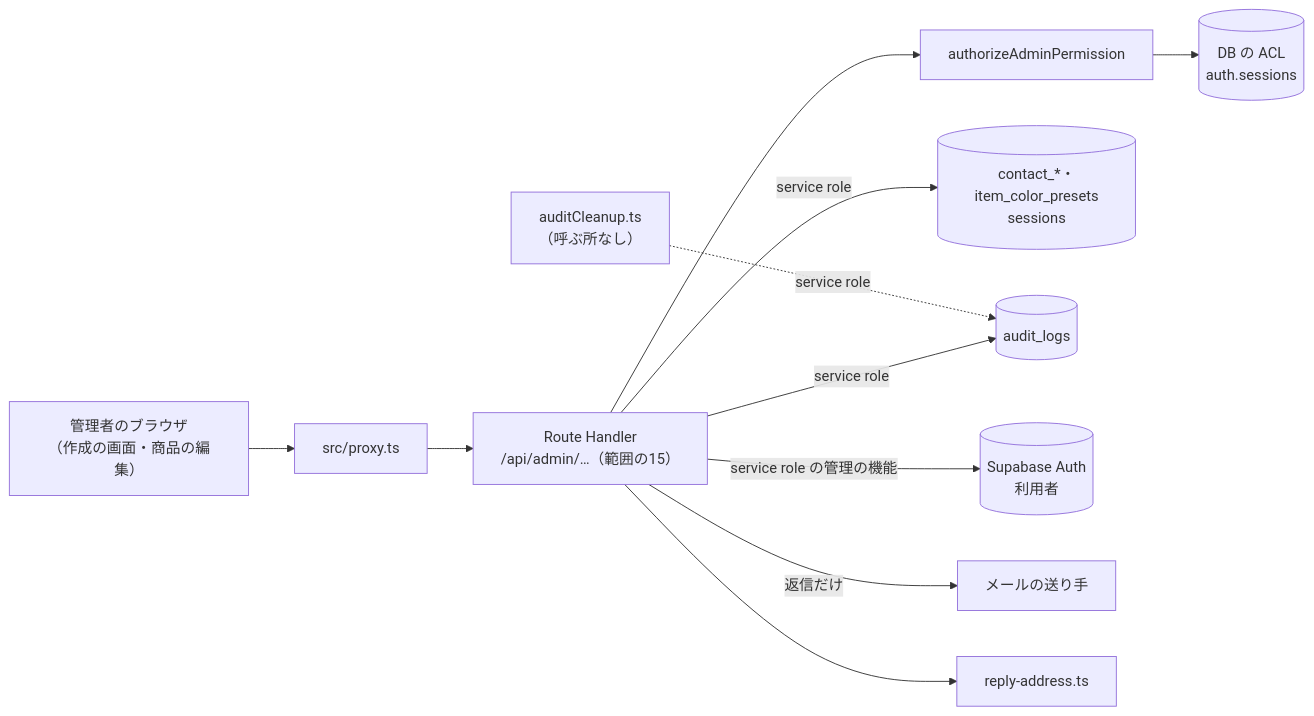
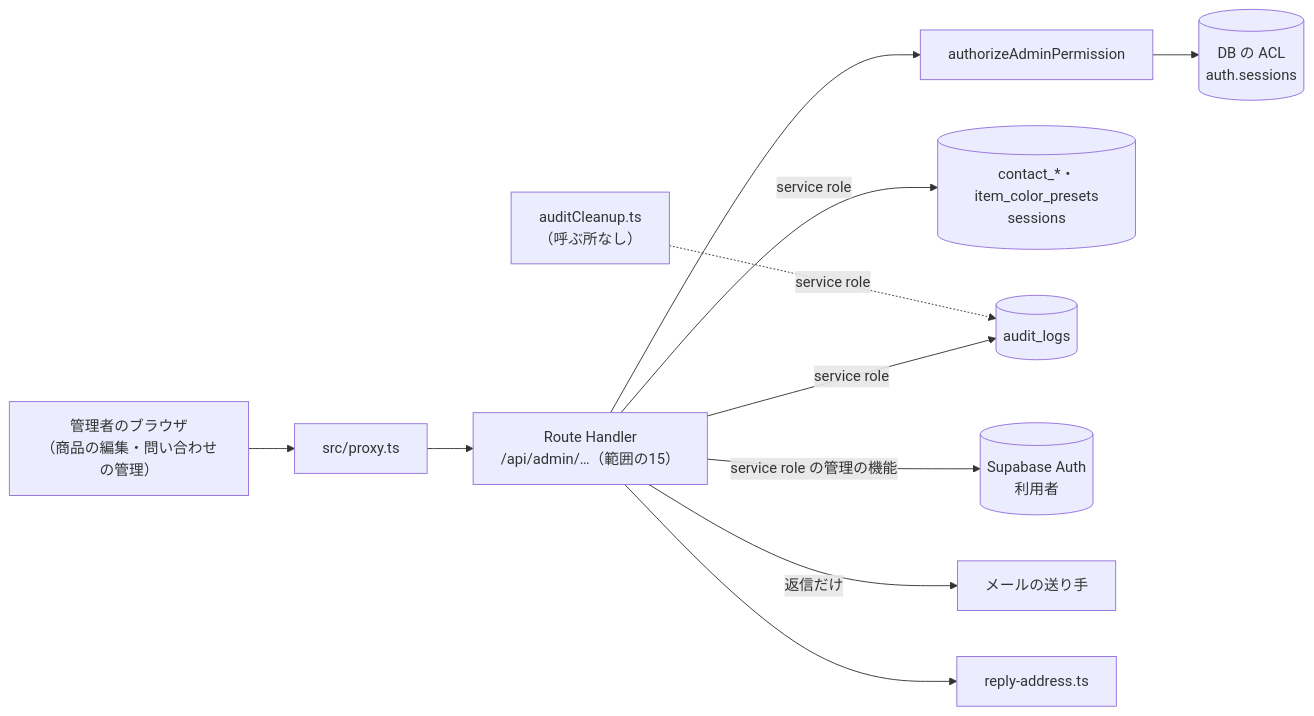
One commit to ChocoWork/o_official changed the first of 4 diagrams in docs/03_BasicDesign/areas/admin.md. Above: the diagram before and after it, drawn with Mermaid. The commit also changed other lines of this file and 10 other files, not shown here.

````diff
--- a/docs/03_BasicDesign/areas/admin.md
+++ b/docs/03_BasicDesign/areas/admin.md
@@ -63,13 +63,13 @@
 ```mermaid
 graph LR
-  A["管理者のブラウザ<br/>（作成の画面・商品の編集）"] --> P["src/proxy.ts"]
+  A["管理者のブラウザ<br/>（商品の編集・問い合わせの管理）"] --> P["src/proxy.ts"]
   P --> RH["Route Handler<br/>/api/admin/…（範囲の15）"]
   RH --> Z["authorizeAdminPermission"]
   Z --> ACL[("DB の ACL<br/>auth.sessions")]
   RH -->|service role| T[("contact_*・item_color_presets<br/>sessions")]
   RH -->|service role| AU[("audit_logs")]
   RH -->|service role の管理の機能| AUTH[("Supabase Auth<br/>利用者")]
   RH -->|返信だけ| M["メールの送り手"]
   RH --> R["reply-address.ts"]
   C["auditCleanup.ts<br/>（呼ぶ所なし）"] -.->|service role| AU
 ```
````
